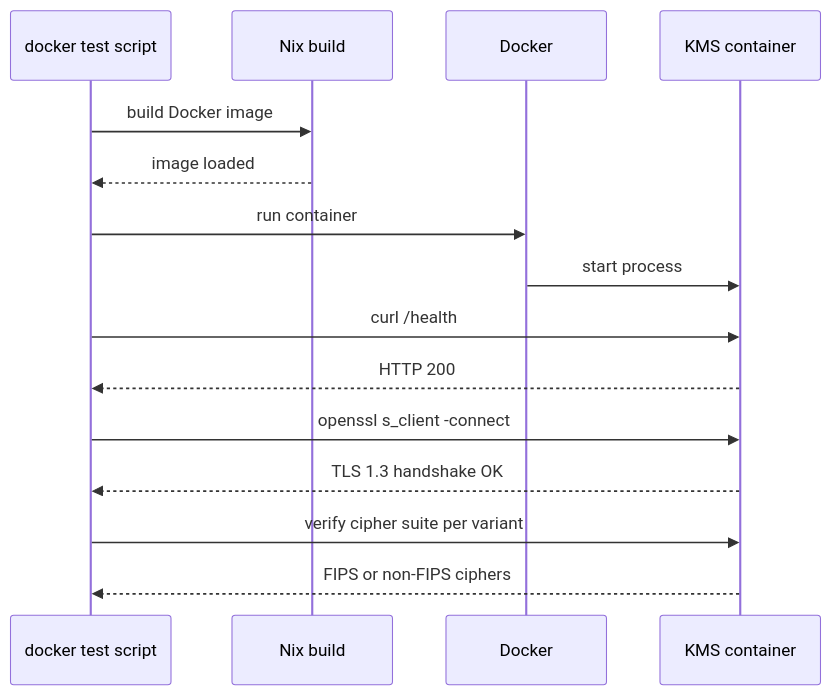
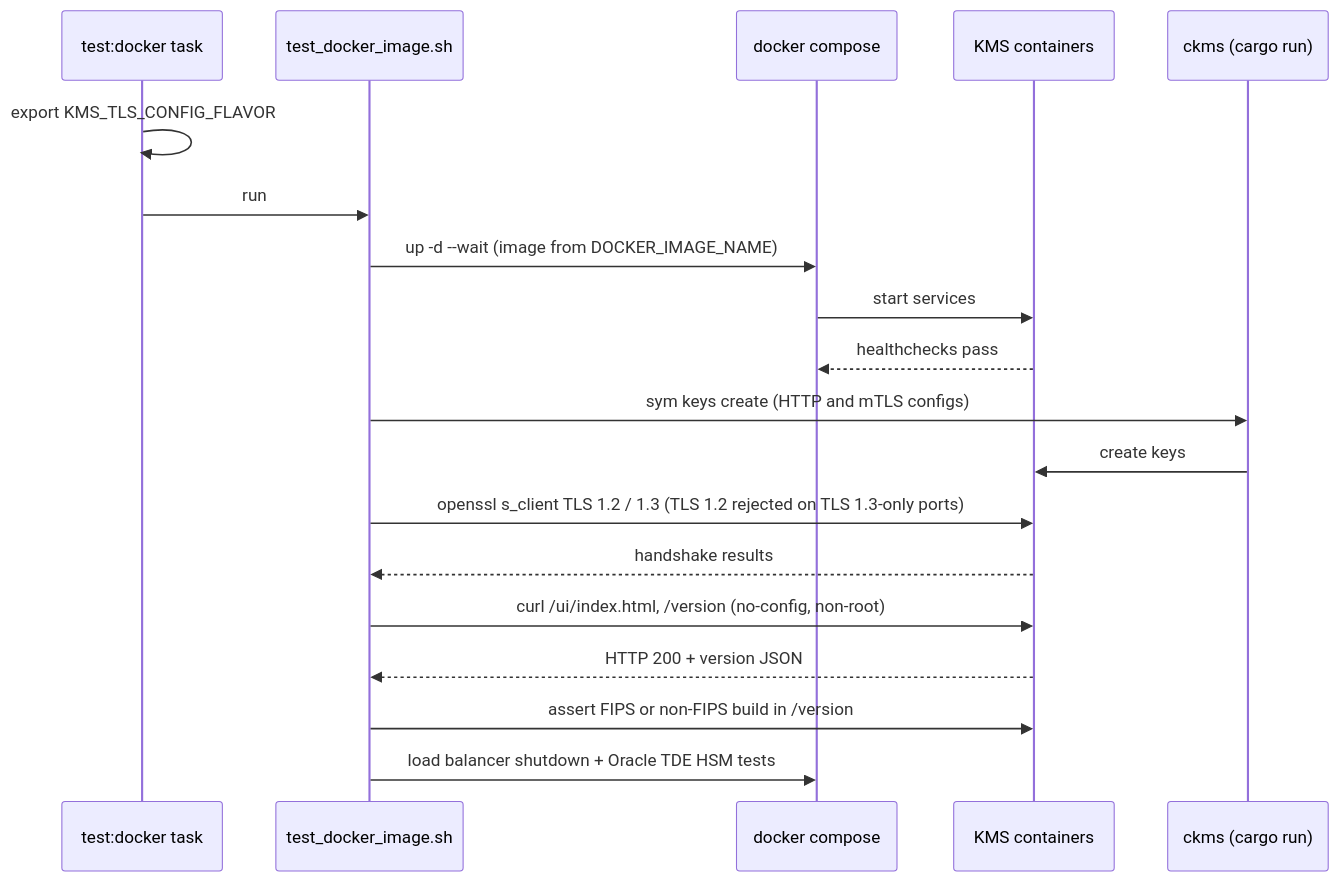
One commit to Cosmian/kms changed diagram 55 of 60 in .mise/tasks/test/README.md. Above: the diagram before and after it, drawn with Mermaid. The commit also changed other lines of this file and 31 other files, not shown here.

````diff
--- a/.mise/tasks/test/README.md
+++ b/.mise/tasks/test/README.md
@@ -1588,18 +1622,22 @@
 ```mermaid
 sequenceDiagram
-    participant Test as docker test script
-    participant Nix as Nix build
-    participant Docker as Docker
-    participant KMS as KMS container
+    participant Task as test:docker task
+    participant Script as test_docker_image.sh
+    participant Compose as docker compose
+    participant KMS as KMS containers
+    participant Ckms as ckms (cargo run)
 
-    Test->>Nix: build Docker image
-    Nix-->>Test: image loaded
-    Test->>Docker: run container
-    Docker->>KMS: start process
-    Test->>KMS: curl /health
-    KMS-->>Test: HTTP 200
-    Test->>KMS: openssl s_client -connect
-    KMS-->>Test: TLS 1.3 handshake OK
-    Test->>KMS: verify cipher suite per variant
-    KMS-->>Test: FIPS or non-FIPS ciphers
+    Task->>Task: export KMS_TLS_CONFIG_FLAVOR
+    Task->>Script: run
+    Script->>Compose: up -d --wait (image from DOCKER_IMAGE_NAME)
+    Compose->>KMS: start services
+    KMS-->>Compose: healthchecks pass
+    Script->>Ckms: sym keys create (HTTP and mTLS configs)
+    Ckms->>KMS: create keys
+    Script->>KMS: openssl s_client TLS 1.2 / 1.3 (TLS 1.2 rejected on TLS 1.3-only ports)
+    KMS-->>Script: handshake results
+    Script->>KMS: curl /ui/index.html, /version (no-config, non-root)
+    KMS-->>Script: HTTP 200 + version JSON
+    Script->>KMS: assert FIPS or non-FIPS build in /version
+    Script->>Compose: load balancer shutdown + Oracle TDE HSM tests
 ```
````
